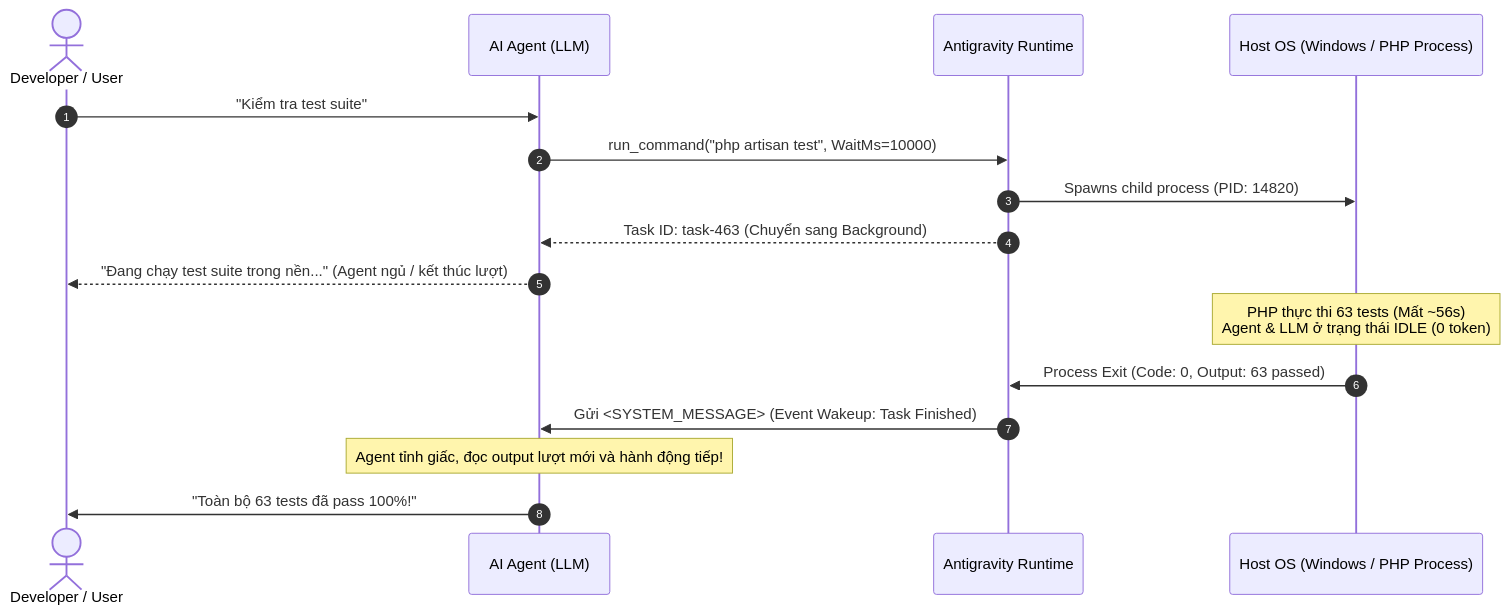
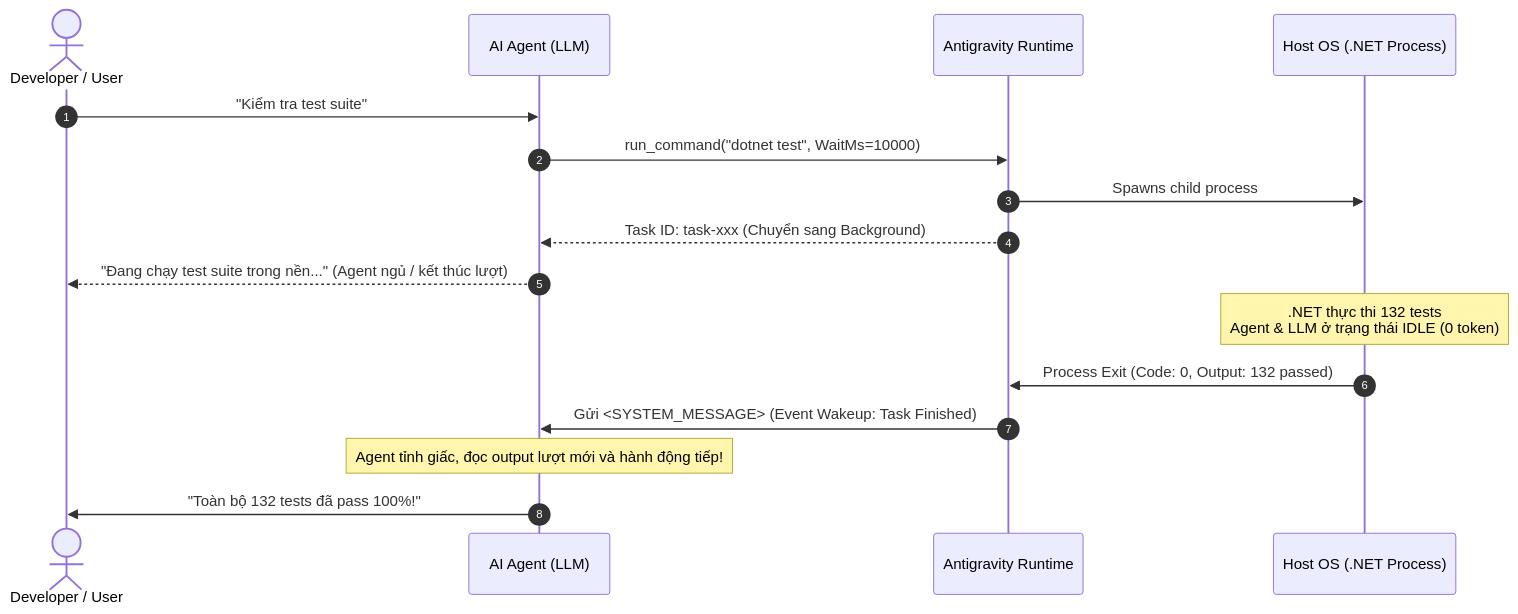
One commit to taitrandev/Tour-Agent changed the diagram in dotnet-project-knowledge/TECHNICAL_NOTES.md. Above: the diagram before and after it, drawn with Mermaid. The commit also changed other lines of this file and 28 other files, not shown here.

````diff
--- a/dotnet-project-knowledge/TECHNICAL_NOTES.md
+++ b/dotnet-project-knowledge/TECHNICAL_NOTES.md
@@ -53,21 +53,21 @@
 ```mermaid
 sequenceDiagram
     autonumber
     actor Dev as Developer / User
     participant Agent as AI Agent (LLM)
     participant Runtime as Antigravity Runtime
-    participant OS as Host OS (Windows / PHP Process)
+    participant OS as Host OS (.NET Process)
 
     Dev->>Agent: "Kiểm tra test suite"
-    Agent->>Runtime: run_command("php artisan test", WaitMs=10000)
-    Runtime->>OS: Spawns child process (PID: 14820)
-    Runtime-->>Agent: Task ID: task-463 (Chuyển sang Background)
+    Agent->>Runtime: run_command("dotnet test", WaitMs=10000)
+    Runtime->>OS: Spawns child process
+    Runtime-->>Agent: Task ID: task-xxx (Chuyển sang Background)
     Agent-->>Dev: "Đang chạy test suite trong nền..." (Agent ngủ / kết thúc lượt)
     
-    Note over OS: PHP thực thi 63 tests (Mất ~56s)<br/>Agent & LLM ở trạng thái IDLE (0 token)
+    Note over OS: .NET thực thi 132 tests<br/>Agent & LLM ở trạng thái IDLE (0 token)
 
-    OS->>Runtime: Process Exit (Code: 0, Output: 63 passed)
+    OS->>Runtime: Process Exit (Code: 0, Output: 132 passed)
     Runtime->>Agent: Gửi <SYSTEM_MESSAGE> (Event Wakeup: Task Finished)
     Note over Agent: Agent tỉnh giấc, đọc output lượt mới và hành động tiếp!
-    Agent->>Dev: "Toàn bộ 63 tests đã pass 100%!"
+    Agent->>Dev: "Toàn bộ 132 tests đã pass 100%!"
 ```
````
